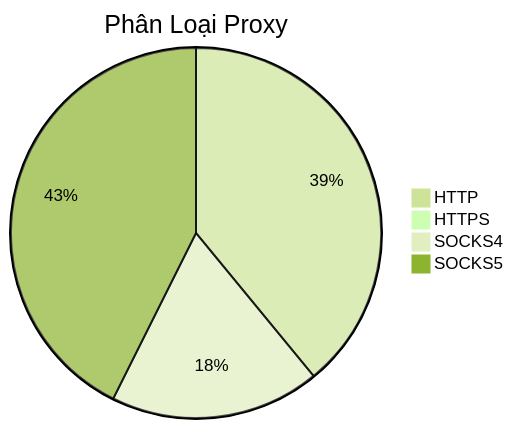
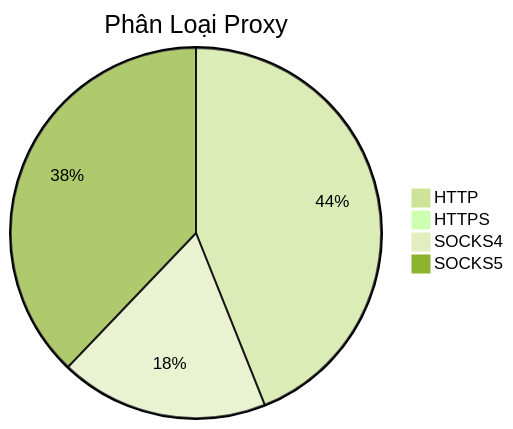
One commit to Ciara-12/PROXY-free changed the diagram in README.md. Above: the diagram before and after it, drawn with Mermaid (forest theme). The commit also changed other lines of this file and 4 other files, not shown here.

````diff
--- a/README.md
+++ b/README.md
@@ -26,7 +26,7 @@
 ```mermaid
 pie title Phân Loại Proxy
-    "HTTP" : 884
-    "HTTPS" : 2
-    "SOCKS4" : 415
-    "SOCKS5" : 965
+    "HTTP" : 983
+    "HTTPS" : 0
+    "SOCKS4" : 407
+    "SOCKS5" : 847
 ```
````
